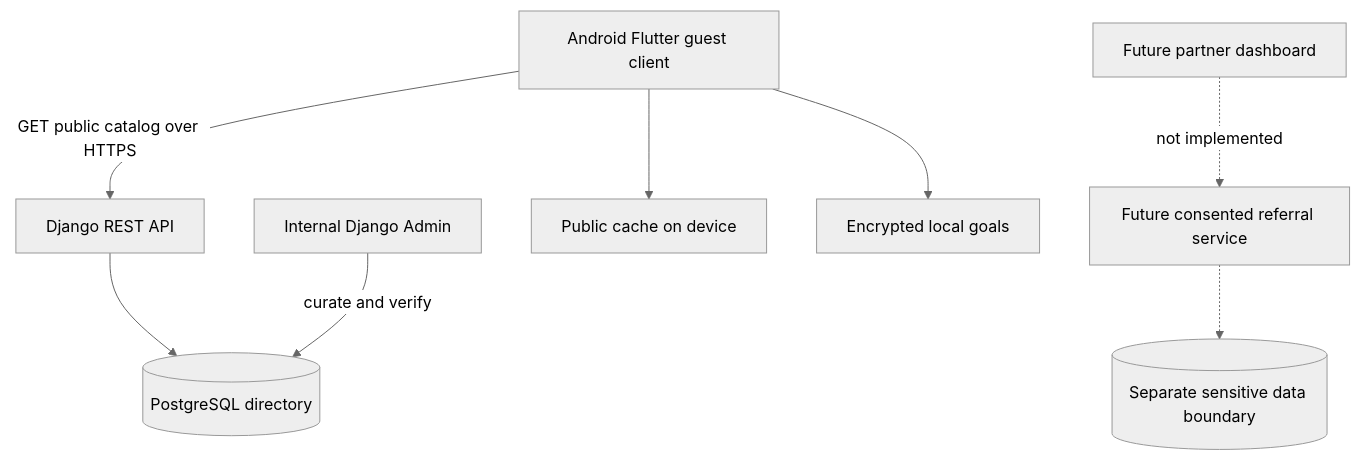
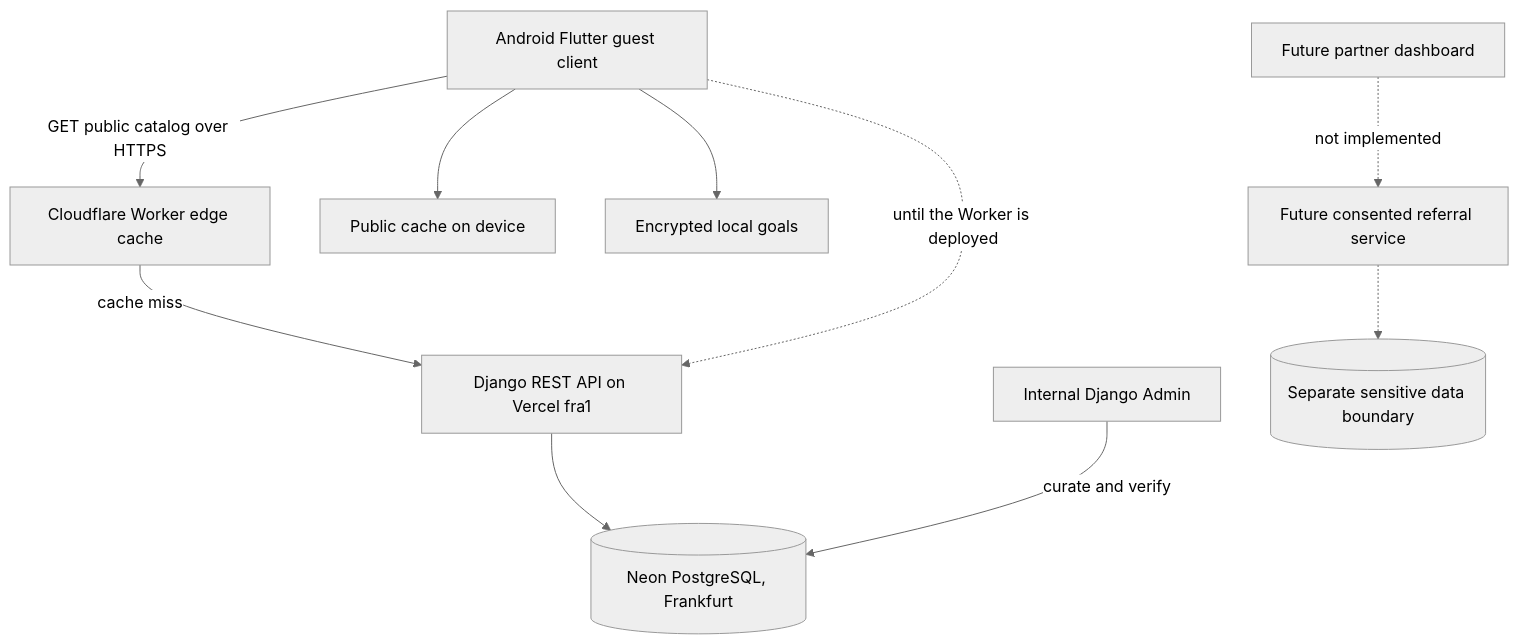
One commit to MadScie254/hatua changed the diagram in docs/ARCHITECTURE.md. Above: the diagram before and after it, drawn with Mermaid (neutral theme). The commit also changed 13 other files, not shown here.

First line of the commit message:
docs+mobile: deployment runbook, live API default for release builds, edge CI

````diff
--- a/docs/ARCHITECTURE.md
+++ b/docs/ARCHITECTURE.md
@@ -3,10 +3,12 @@
 ```mermaid
 flowchart TD
-  A[Android Flutter guest client] -->|GET public catalog over HTTPS| B[Django REST API]
-  B --> C[(PostgreSQL directory)]
+  A[Android Flutter guest client] -->|GET public catalog over HTTPS| W[Cloudflare Worker edge cache]
+  W -->|cache miss| B[Django REST API on Vercel fra1]
+  A -.->|until the Worker is deployed| B
+  B --> C[(Neon PostgreSQL, Frankfurt)]
   D[Internal Django Admin] -->|curate and verify| C
   A --> E[Public cache on device]
   A --> F[Encrypted local goals]
   H[Future partner dashboard] -.->|not implemented| G[Future consented referral service]
   G -.-> I[(Separate sensitive data boundary)]
 ```
````
